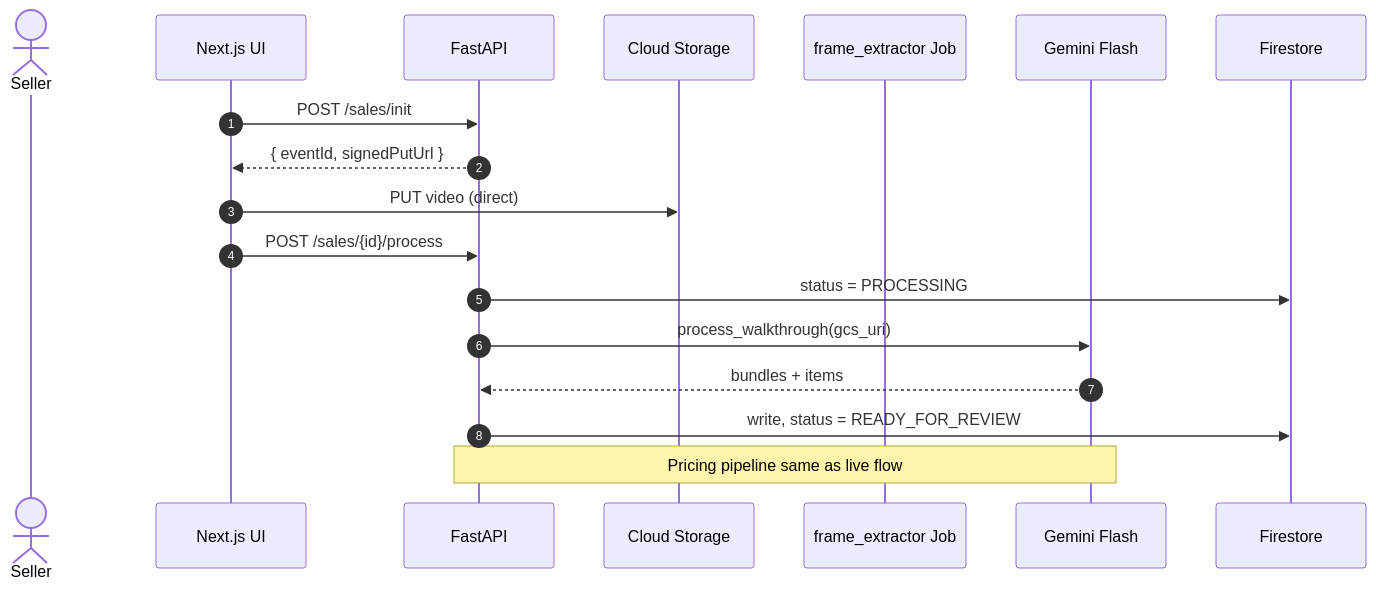
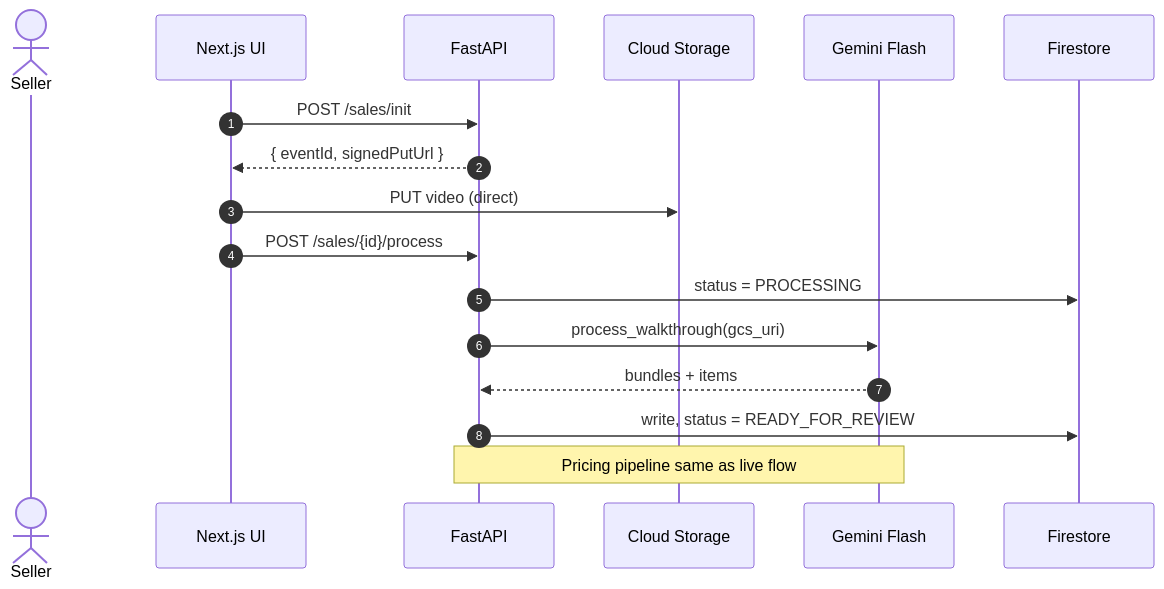
Before and after one commit to ajayaradhya/shiftready-backend: the fourth of 7 diagrams in README.md, drawn with Mermaid. The commit also changed other lines of this file and 6 other files, not shown here.

````diff
--- a/README.md
+++ b/README.md
@@ -224,21 +219,20 @@
 ```mermaid
 sequenceDiagram
     autonumber
     actor U as Seller
     participant UI as Next.js UI
     participant API as FastAPI
     participant GCS as Cloud Storage
-    participant Job as frame_extractor Job
     participant AI as Gemini Flash
     participant FS as Firestore
 
     UI->>API: POST /sales/init
     API-->>UI: { eventId, signedPutUrl }
     UI->>GCS: PUT video (direct)
     UI->>API: POST /sales/{id}/process
     API->>FS: status = PROCESSING
     API->>AI: process_walkthrough(gcs_uri)
     AI-->>API: bundles + items
     API->>FS: write, status = READY_FOR_REVIEW
     Note over API,AI: Pricing pipeline same as live flow
 ```
````
